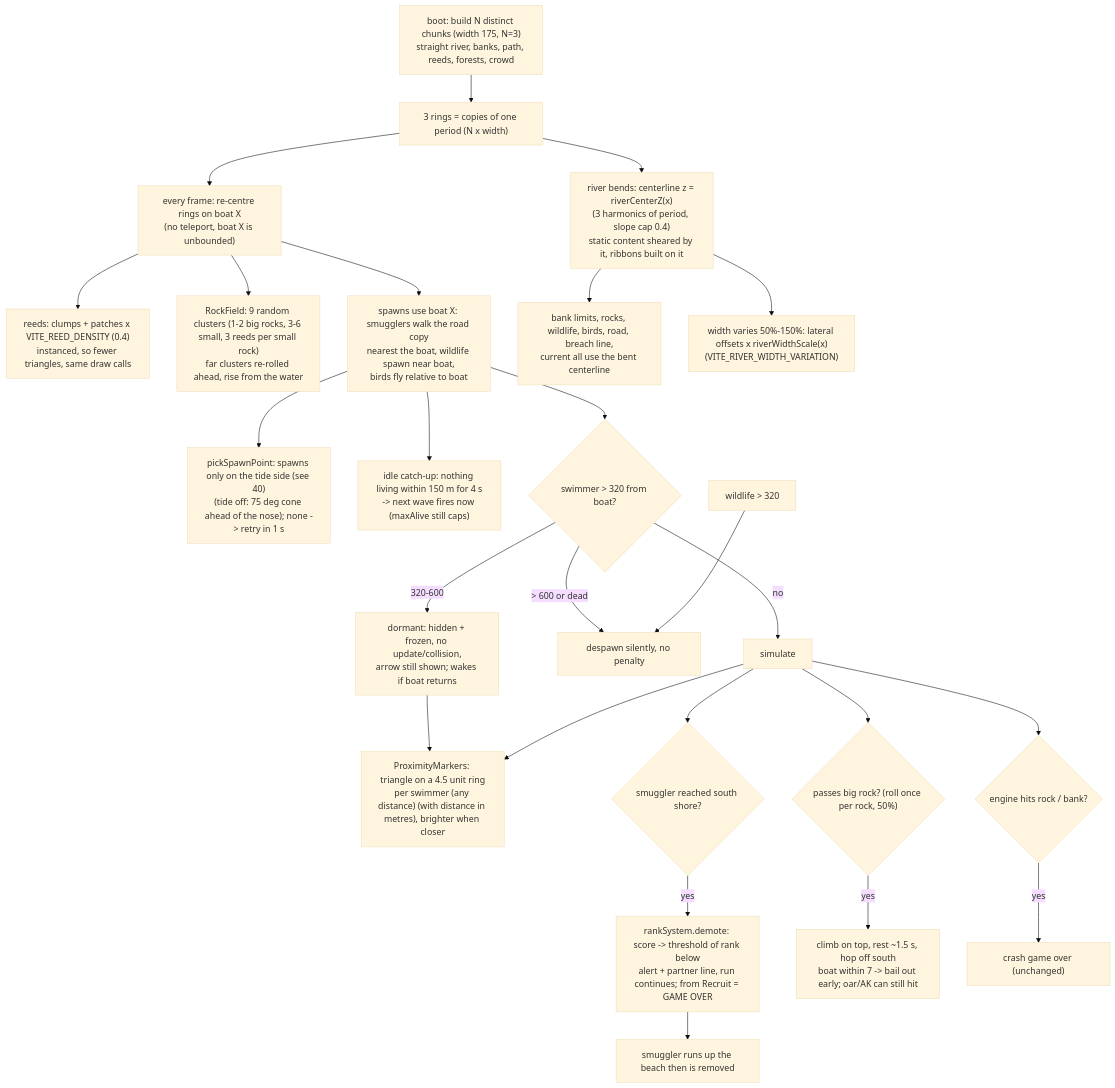
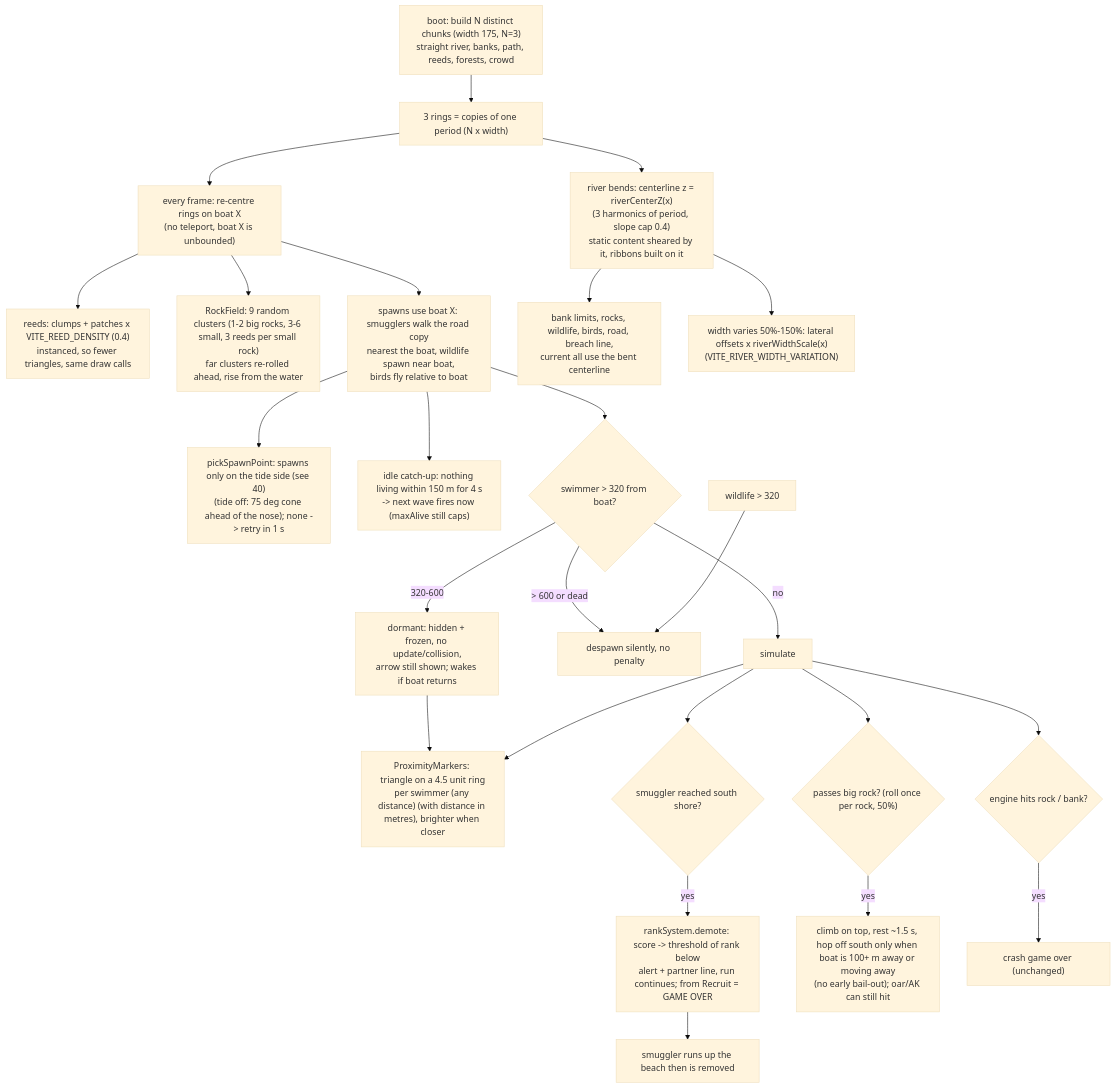
Before and after one commit to Protosnake/veslo: the diagram in docs/features/37-endless-river.md, drawn with Mermaid (base theme). The commit also changed other lines of this file and 14 other files, not shown here.

````diff
--- a/docs/features/37-endless-river.md
+++ b/docs/features/37-endless-river.md
@@ -5,27 +5,27 @@
 ```mermaid
 flowchart TD
     A["boot: build N distinct chunks (width 175, N=3)<br/>straight river, banks, path, reeds, forests, crowd"] --> B["3 rings = copies of one period (N x width)"]
     B --> C["every frame: re-centre rings on boat X<br/>(no teleport, boat X is unbounded)"]
     C --> V["reeds: clumps + patches x VITE_REED_DENSITY (0.4)<br/>instanced, so fewer triangles, same draw calls"]
     C --> D["RockField: 9 random clusters (1-2 big rocks, 3-6 small, 3 reeds per small rock)<br/>far clusters re-rolled ahead, rise from the water"]
     C --> E["spawns use boat X: smugglers walk the road copy<br/>nearest the boat, wildlife spawn near boat,<br/>birds fly relative to boat"]
     E --> E2["pickSpawnPoint: spawns only on the tide side (see 40)<br/>(tide off: 75 deg cone ahead of the nose); none -> retry in 1 s"]
     E --> E3["idle catch-up: nothing living within 150 m for 4 s<br/>-> next wave fires now (maxAlive still caps)"]
     E --> F{"swimmer > 320 from boat?"}
     F -->|"320-600"| D2["dormant: hidden + frozen, no update/collision,<br/>arrow still shown; wakes if boat returns"]
     F -->|"> 600 or dead"| G["despawn silently, no penalty"]
     F -->|no| H["simulate"]
     D2 --> M
     W["wildlife > 320"] --> G
     H --> M["ProximityMarkers: triangle on a 4.5 unit ring<br/>per swimmer (any distance) (with distance in metres), brighter when closer"]
     H --> I{"smuggler reached south shore?"}
     I -->|yes| J["rankSystem.demote: score -> threshold of rank below<br/>alert + partner line, run continues; from Recruit = GAME OVER"]
     J --> K["smuggler runs up the beach then is removed"]
     B --> BN["river bends: centerline z = riverCenterZ(x)<br/>(3 harmonics of period, slope cap 0.4)<br/>static content sheared by it, ribbons built on it"]
     BN --> BG["bank limits, rocks, wildlife, birds, road, breach line,<br/>current all use the bent centerline"]
     BN --> WD["width varies 50%-150%: lateral offsets x riverWidthScale(x)<br/>(VITE_RIVER_WIDTH_VARIATION)"]
     H --> RR{"passes big rock? (roll once per rock, 50%)"}
-    RR -->|yes| RK["climb on top, rest ~1.5 s, hop off south<br/>boat within 7 -> bail out early; oar/AK can still hit"]
+    RR -->|yes| RK["climb on top, rest ~1.5 s, hop off south only when boat is 100+ m away or moving away<br/>(no early bail-out); oar/AK can still hit"]
     H --> L{"engine hits rock / bank?"}
     L -->|yes| N["crash game over (unchanged)"]
 ```
````
